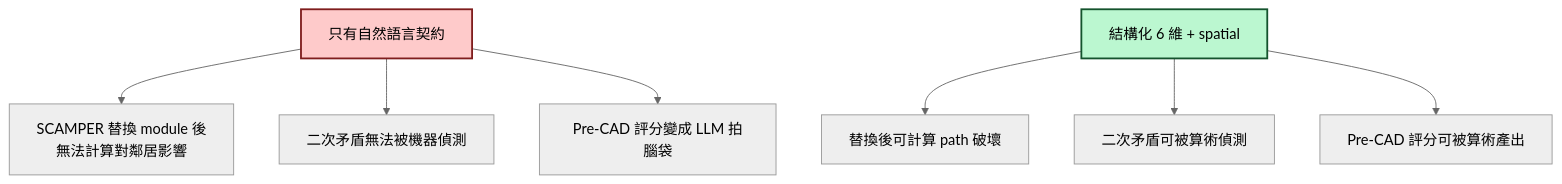
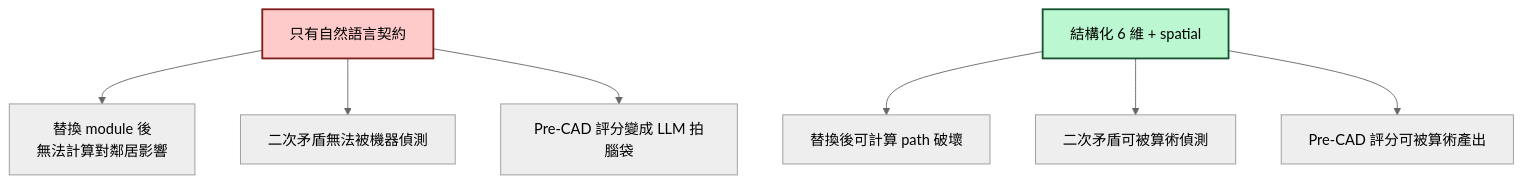
One commit to Zenobia0000/RD_copilot_system changed diagram 23 of 26 in docs/01-define/diagrams/appendix-a--forward-subsystem-discovery.md. Above: the diagram before and after it, drawn with Mermaid. The commit also changed other lines of this file and 77 other files, not shown here.

````diff
--- a/docs/01-define/diagrams/appendix-a--forward-subsystem-discovery.md
+++ b/docs/01-define/diagrams/appendix-a--forward-subsystem-discovery.md
@@ -1013,14 +1015,14 @@
 ```mermaid
 %%{init: {'theme': 'neutral'}}%%
 graph TB
-    Bad[只有自然語言契約] --> B1[SCAMPER 替換 module 後<br/>無法計算對鄰居影響]
+    Bad[只有自然語言契約] --> B1[替換 module 後<br/>無法計算對鄰居影響]
     Bad --> B2[二次矛盾無法被機器偵測]
     Bad --> B3[Pre-CAD 評分變成 LLM 拍腦袋]
 
     Good[結構化 6 維 + spatial] --> G1[替換後可計算 path 破壞]
     Good --> G2[二次矛盾可被算術偵測]
     Good --> G3[Pre-CAD 評分可被算術產出]
 
     style Bad fill:#fecaca,stroke:#7f1d1d,stroke-width:2px,color:#000
     style Good fill:#bbf7d0,stroke:#14532d,stroke-width:2px,color:#000
 ```
````
